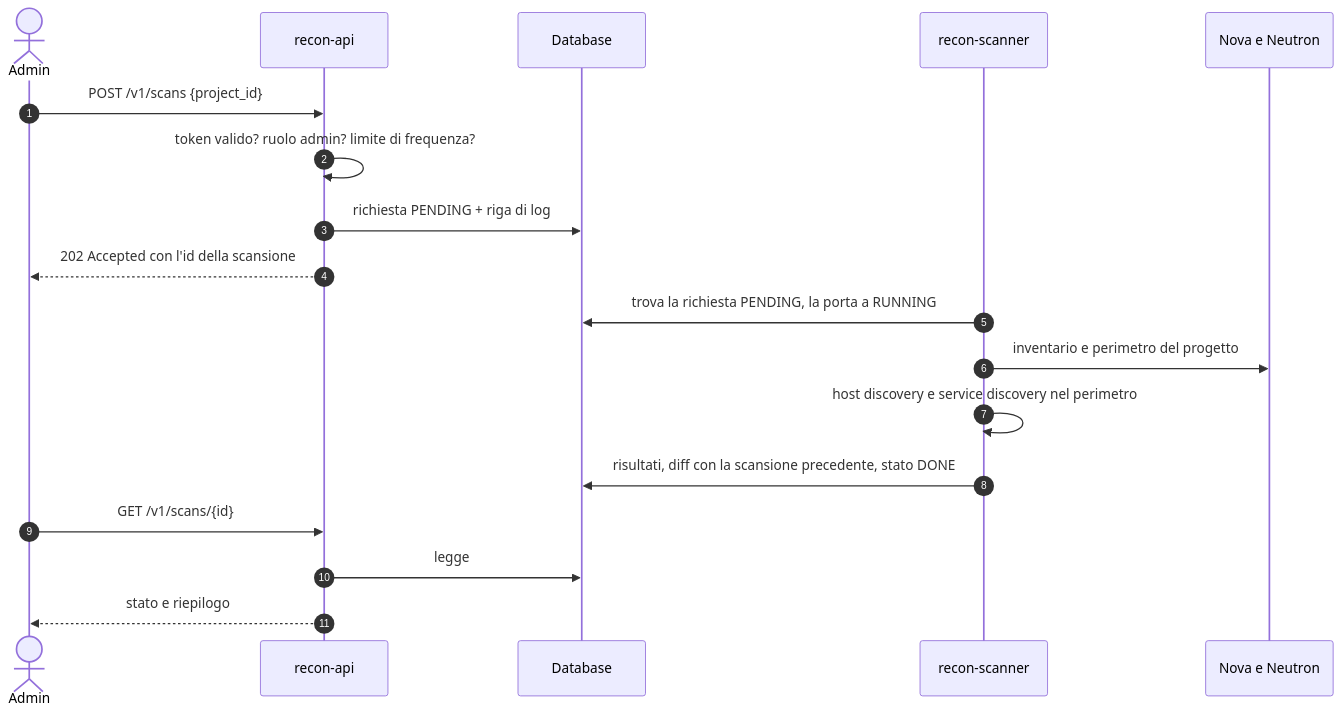
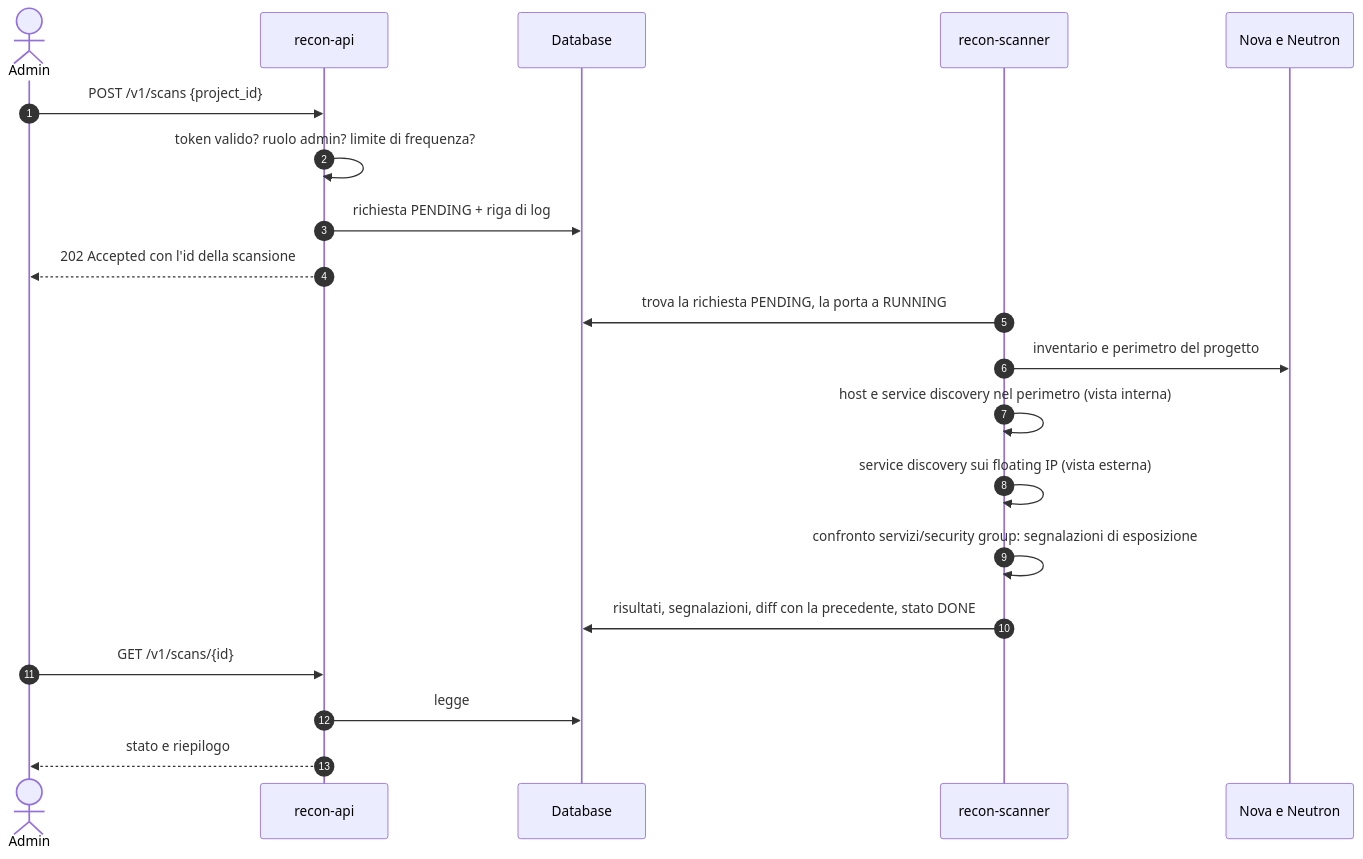
Before and after one commit to suonatorefelice/recon-stack: the second of 2 diagrams in docs/architettura.md, drawn with Mermaid. The commit also changed other lines of this file and 4 other files, not shown here.

````diff
--- a/docs/architettura.md
+++ b/docs/architettura.md
@@ -37,23 +37,25 @@
 ```mermaid
 sequenceDiagram
     autonumber
     actor C as Admin
     participant A as recon-api
     participant D as Database
     participant S as recon-scanner
     participant O as Nova e Neutron
 
     C->>A: POST /v1/scans {project_id}
     A->>A: token valido? ruolo admin? limite di frequenza?
     A->>D: richiesta PENDING + riga di log
     A-->>C: 202 Accepted con l'id della scansione
 
     S->>D: trova la richiesta PENDING, la porta a RUNNING
     S->>O: inventario e perimetro del progetto
-    S->>S: host discovery e service discovery nel perimetro
-    S->>D: risultati, diff con la scansione precedente, stato DONE
+    S->>S: host e service discovery nel perimetro (vista interna)
+    S->>S: service discovery sui floating IP (vista esterna)
+    S->>S: confronto servizi/security group: segnalazioni di esposizione
+    S->>D: risultati, segnalazioni, diff con la precedente, stato DONE
 
     C->>A: GET /v1/scans/{id}
     A->>D: legge
     A-->>C: stato e riepilogo
 ```
````
